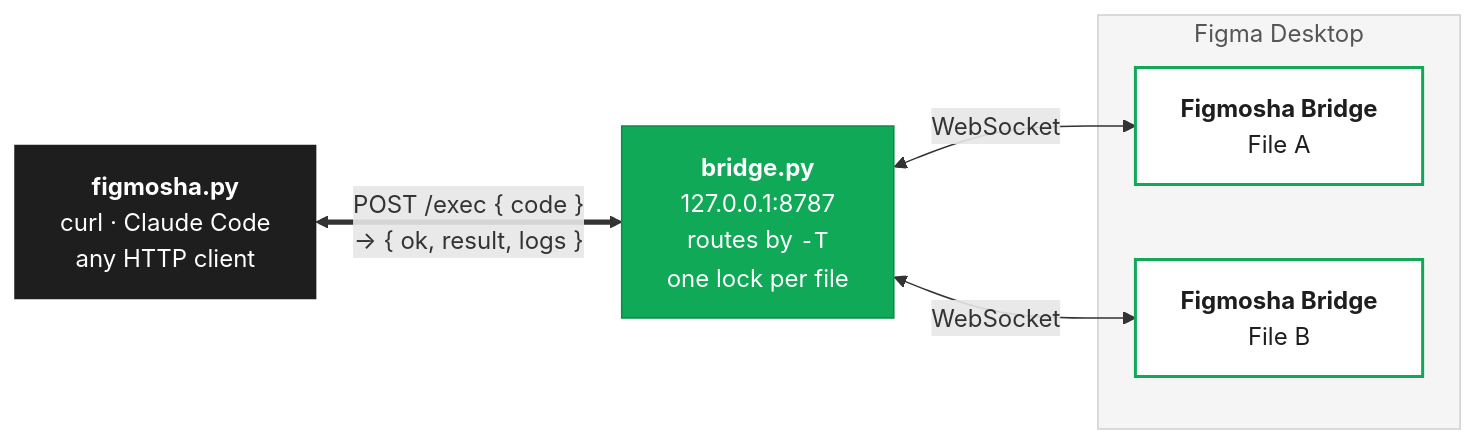
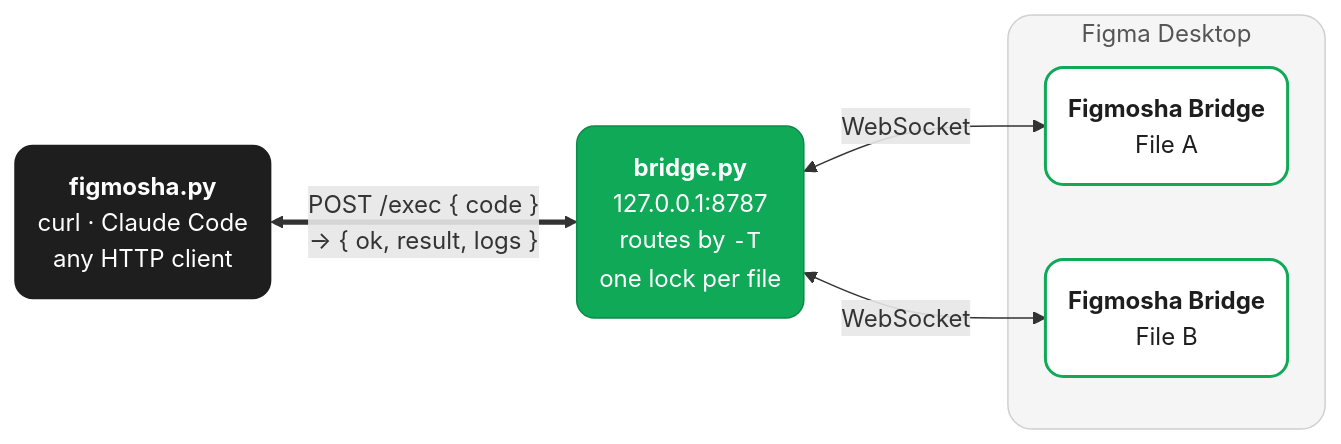
Before and after one commit to denysosadchyi/figmosha2: the diagram in README.md, drawn with Mermaid.

Commit message:
Round the corners in the README architecture diagram

````diff
--- a/README.md
+++ b/README.md
@@ -37,23 +37,23 @@
 ```mermaid
 flowchart LR
-    CLI["<b>figmosha.py</b><br/>curl · Claude Code<br/>any HTTP client"]
+    CLI("<b>figmosha.py</b><br/>curl · Claude Code<br/>any HTTP client")
 
-    BRIDGE["<b>bridge.py</b><br/>127.0.0.1:8787<br/>routes by <code>-T</code><br/>one lock per file"]
+    BRIDGE("<b>bridge.py</b><br/>127.0.0.1:8787<br/>routes by <code>-T</code><br/>one lock per file")
 
     subgraph figma["Figma Desktop"]
-        P1["<b>Figmosha Bridge</b><br/>File A"]
-        P2["<b>Figmosha Bridge</b><br/>File B"]
+        P1("<b>Figmosha Bridge</b><br/>File A")
+        P2("<b>Figmosha Bridge</b><br/>File B")
     end
 
     CLI <== "POST /exec { code }<br/>→ { ok, result, logs }" ==> BRIDGE
     BRIDGE <-- "WebSocket" --> P1
     BRIDGE <-- "WebSocket" --> P2
 
-    classDef client fill:#1e1e1e,stroke:#1e1e1e,color:#ffffff
-    classDef bridge fill:#0fa958,stroke:#0b8a48,color:#ffffff
-    classDef plugin fill:#ffffff,stroke:#0fa958,stroke-width:2px,color:#1e1e1e
+    classDef client fill:#1e1e1e,stroke:#1e1e1e,color:#ffffff,rx:12,ry:12
+    classDef bridge fill:#0fa958,stroke:#0b8a48,color:#ffffff,rx:12,ry:12
+    classDef plugin fill:#ffffff,stroke:#0fa958,stroke-width:2px,color:#1e1e1e,rx:12,ry:12
     class CLI client
     class BRIDGE bridge
     class P1,P2 plugin
-    style figma fill:#f5f5f5,stroke:#d0d0d0,color:#555555
+    style figma fill:#f5f5f5,stroke:#d0d0d0,color:#555555,rx:16,ry:16
 ```
````
